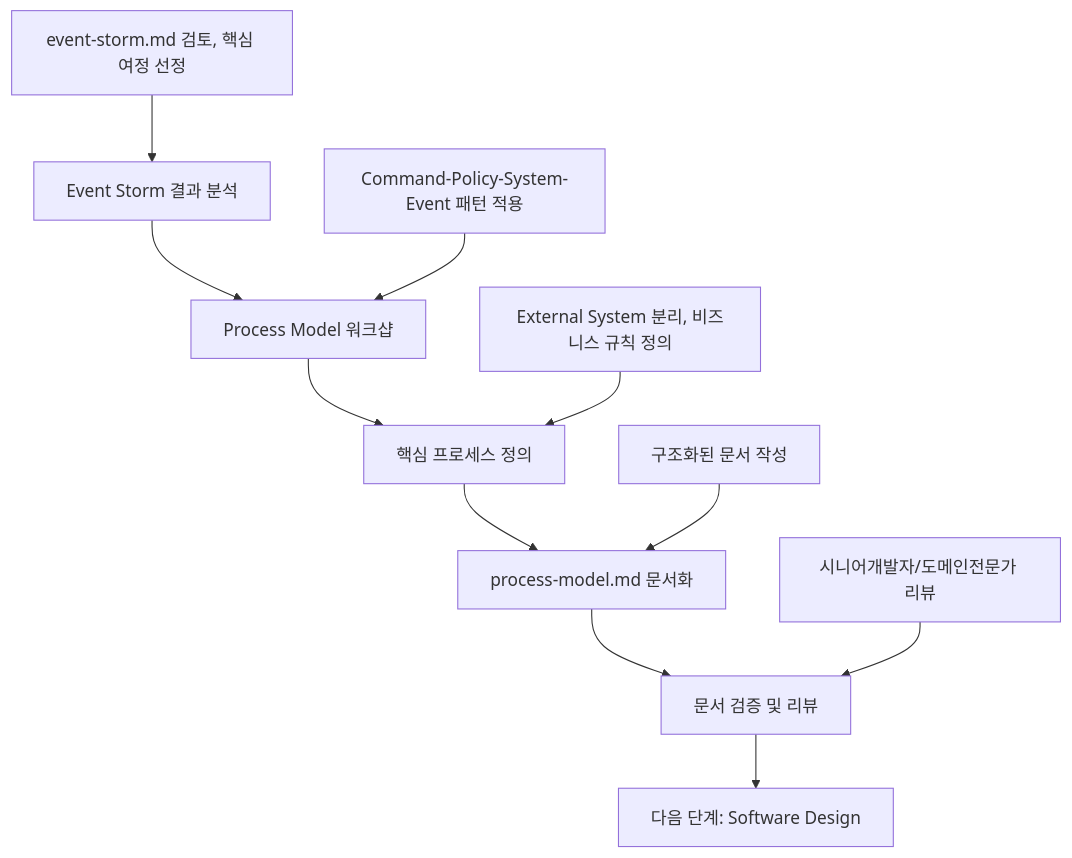
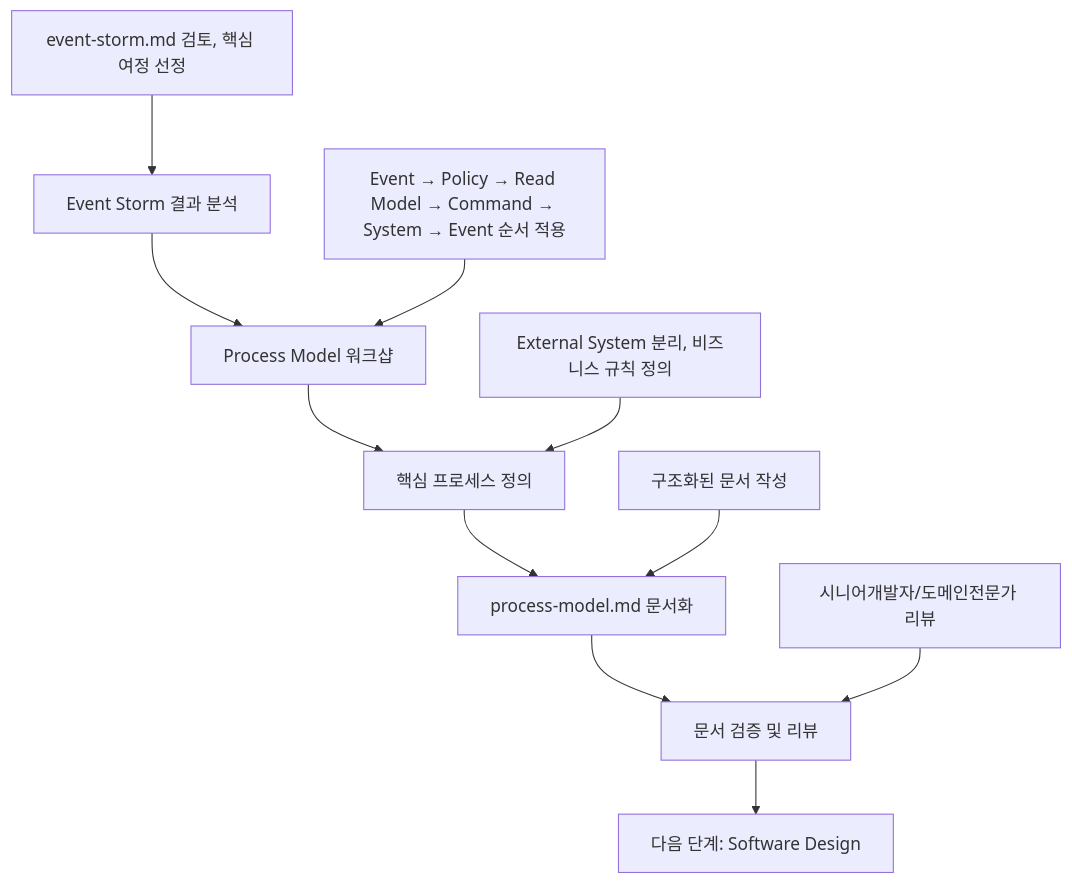
The diagram in docs/event-domain-design/guide/2-process-model-guide.md (tyohnn/ssota-canvas), drawn with Mermaid before and after one commit. The commit also changed other lines of this file and 21 other files, not shown here.

````diff
--- a/docs/event-domain-design/guide/2-process-model-guide.md
+++ b/docs/event-domain-design/guide/2-process-model-guide.md
@@ -11,14 +11,14 @@
 ```mermaid
 graph TD
     A[Event Storm 결과 분석] --> B[Process Model 워크샵]
     B --> C[핵심 프로세스 정의]
     C --> D[process-model.md 문서화]
     D --> E[문서 검증 및 리뷰]
     E --> F[다음 단계: Software Design]
     
     A1[event-storm.md 검토, 핵심 여정 선정] --> A
-    B1[Command-Policy-System-Event 패턴 적용] --> B
+    B1[Event → Policy → Read Model → Command → System → Event 순서 적용] --> B
     C1[External System 분리, 비즈니스 규칙 정의] --> C
     D1[구조화된 문서 작성] --> D
     E1[시니어개발자/도메인전문가 리뷰] --> E
 ```
````
